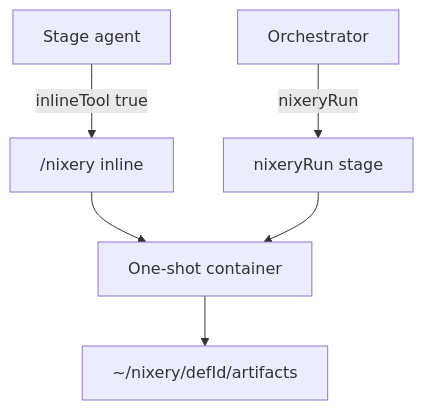
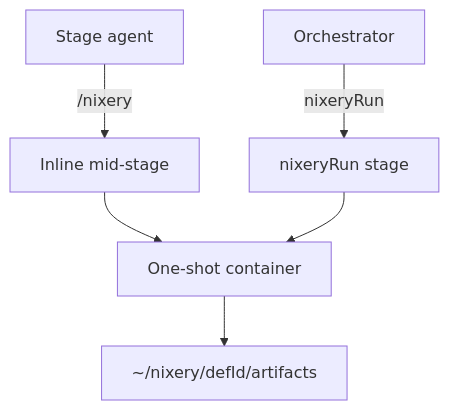
Before and after one commit to Zay-Dev/project-yahl: the diagram in handbook/nixery.md, drawn with Mermaid. The commit also changed other lines of this file and 64 other files, not shown here.

Commit message:
- removed nixery inlineTool mode - fixed whatsapp loaded the images' thumbnail instead - fixed whatsapp was using unknown literal as path - added global banner (currently show whatsapp statuses that need the user's attention) to web - enhanced worker to retry whatsapp status after a timeout

````diff
--- a/handbook/nixery.md
+++ b/handbook/nixery.md
@@ -58,8 +58,8 @@
 ```mermaid
 flowchart TB
-  StageAgent["Stage agent"] -->|"inlineTool true"| Inline["/nixery inline"]
+  StageAgent["Stage agent"] -->|"/nixery"| Inline["Inline mid-stage"]
   Orch["Orchestrator"] -->|"nixeryRun"| Run["nixeryRun stage"]
   Inline --> Container["One-shot container"]
   Run --> Container
   Container --> Session["~/nixery/defId/artifacts"]
 ```
````
